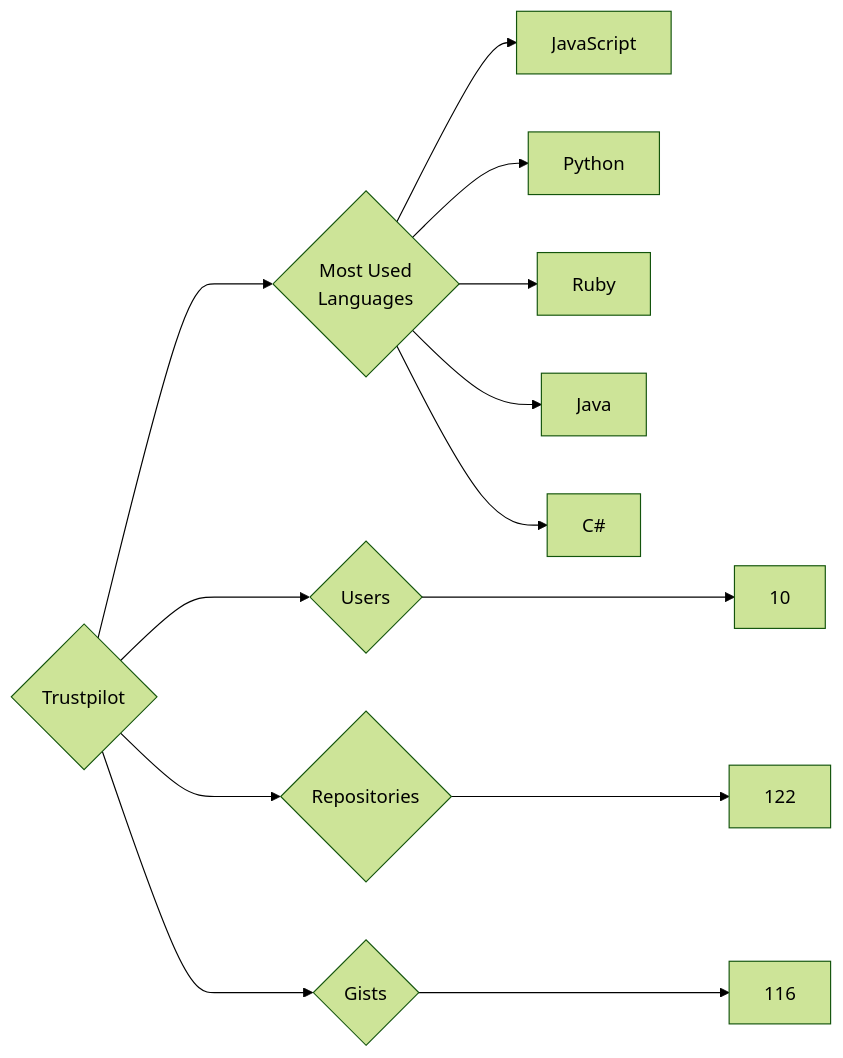
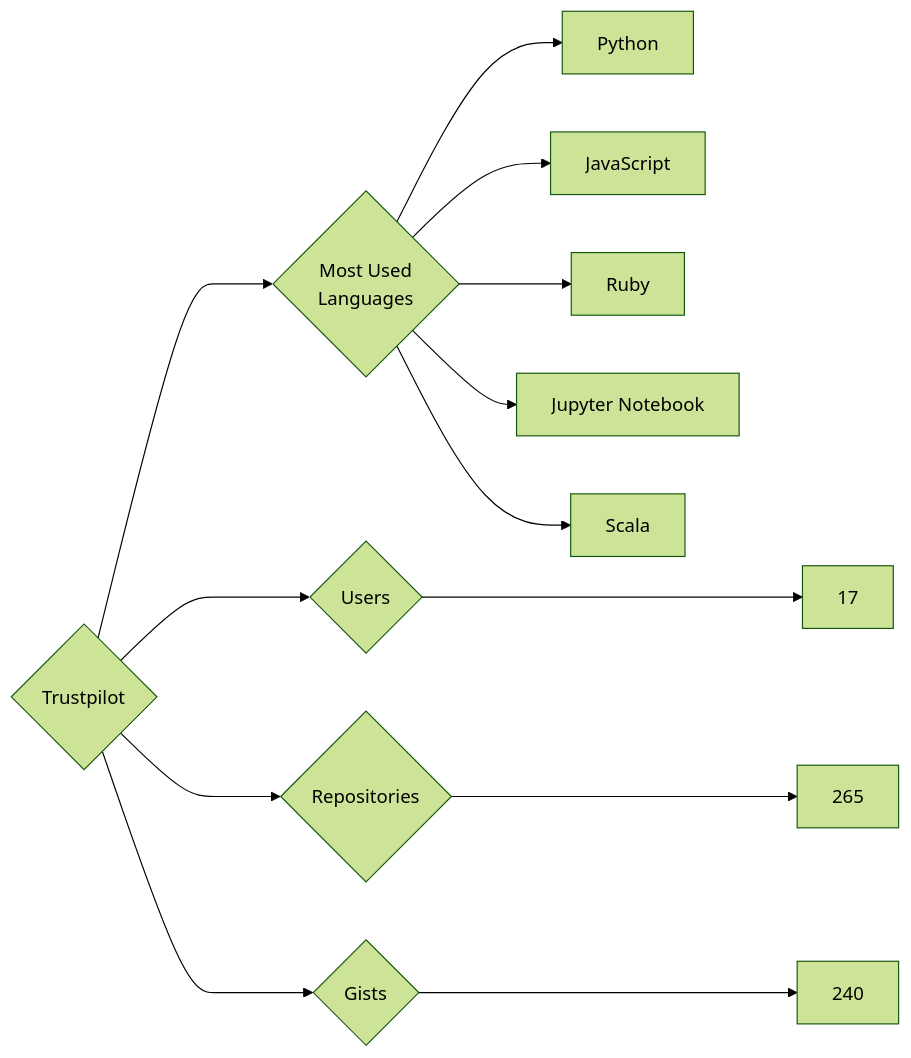
Before and after one commit to trickest/insiders: the diagram in targets/Trustpilot/README.md, drawn with Mermaid (forest theme). The commit also changed 1696 other files, not shown here.

````diff
--- a/targets/Trustpilot/README.md
+++ b/targets/Trustpilot/README.md
@@ -3,13 +3,13 @@
 ```mermaid
 graph LR
 COMPANY_NAME{Trustpilot}
-COMPANY_NAME ---> U{Users} ---> UN[10]
-COMPANY_NAME ---> R{Repositories} ---> RN[122]
-COMPANY_NAME ---> G{Gists} ---> GN[116]
+COMPANY_NAME ---> U{Users} ---> UN[17]
+COMPANY_NAME ---> R{Repositories} ---> RN[265]
+COMPANY_NAME ---> G{Gists} ---> GN[240]
 COMPANY_NAME ---> ML{Most Used<br>Languages}
+ML --> Python[Python]
 ML --> JavaScript[JavaScript]
-ML --> Python[Python]
 ML --> Ruby[Ruby]
-ML --> Java[Java]
-ML --> C#[C#]
+ML --> Jupyter_Notebook[Jupyter Notebook]
+ML --> Scala[Scala]
 ```
````
